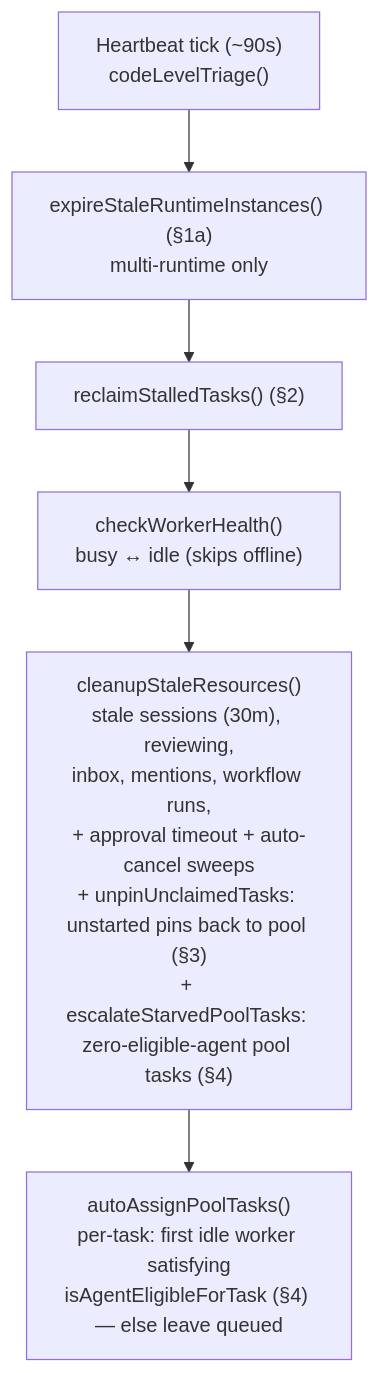
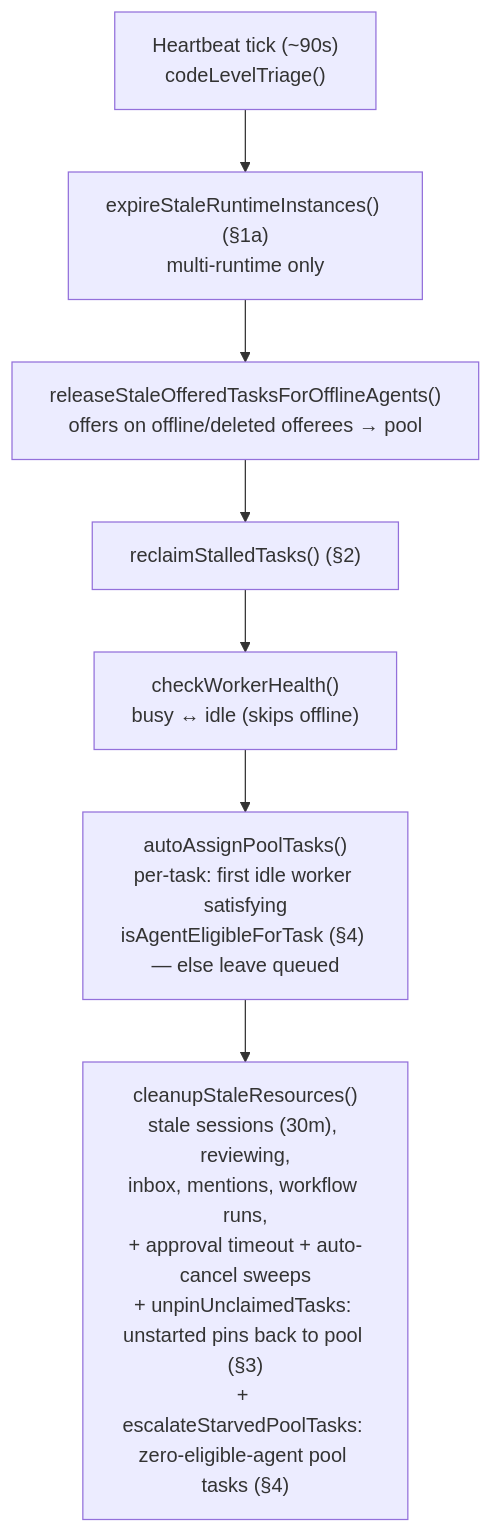
Before and after one commit to desplega-ai/agent-swarm: the first of 4 diagrams in runbooks/heartbeat-crash-recovery.md, drawn with Mermaid. The commit also changed other lines of this file and 2 other files, not shown here.

````diff
--- a/runbooks/heartbeat-crash-recovery.md
+++ b/runbooks/heartbeat-crash-recovery.md
@@ -15,8 +15,9 @@
 ```mermaid
 flowchart TD
   tick["Heartbeat tick (~90s)<br/>codeLevelTriage()"] --> expire["expireStaleRuntimeInstances() (§1a)<br/>multi-runtime only"]
-  expire --> detect["reclaimStalledTasks() (§2)"]
+  expire --> offers["releaseStaleOfferedTasksForOfflineAgents()<br/>offers on offline/deleted offerees → pool"]
+  offers --> detect["reclaimStalledTasks() (§2)"]
   detect --> health["checkWorkerHealth()<br/>busy ↔ idle (skips offline)"]
-  health --> cleanup["cleanupStaleResources()<br/>stale sessions (30m), reviewing,<br/>inbox, mentions, workflow runs,<br/>+ approval timeout + auto-cancel sweeps<br/>+ unpinUnclaimedTasks: unstarted pins back to pool (§3)<br/>+ escalateStarvedPoolTasks: zero-eligible-agent pool tasks (§4)"]
-  cleanup --> assign["autoAssignPoolTasks()<br/>per-task: first idle worker satisfying<br/>isAgentEligibleForTask (§4) — else leave queued"]
+  health --> assign["autoAssignPoolTasks()<br/>per-task: first idle worker satisfying<br/>isAgentEligibleForTask (§4) — else leave queued"]
+  assign --> cleanup["cleanupStaleResources()<br/>stale sessions (30m), reviewing,<br/>inbox, mentions, workflow runs,<br/>+ approval timeout + auto-cancel sweeps<br/>+ unpinUnclaimedTasks: unstarted pins back to pool (§3)<br/>+ escalateStarvedPoolTasks: zero-eligible-agent pool tasks (§4)"]
 ```
````
